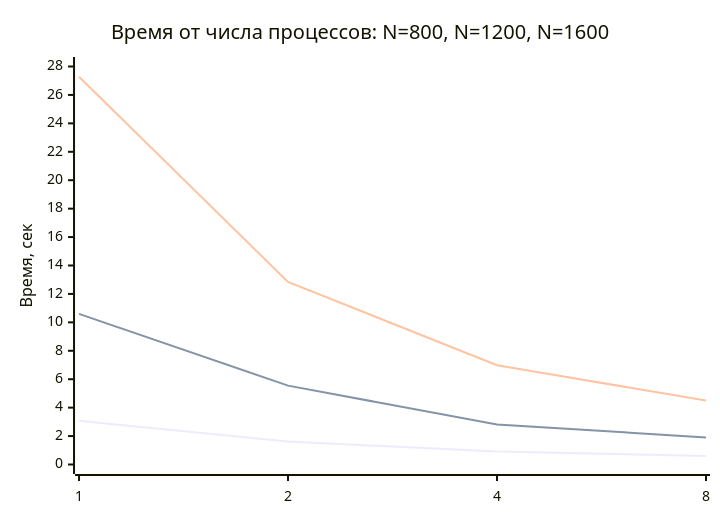
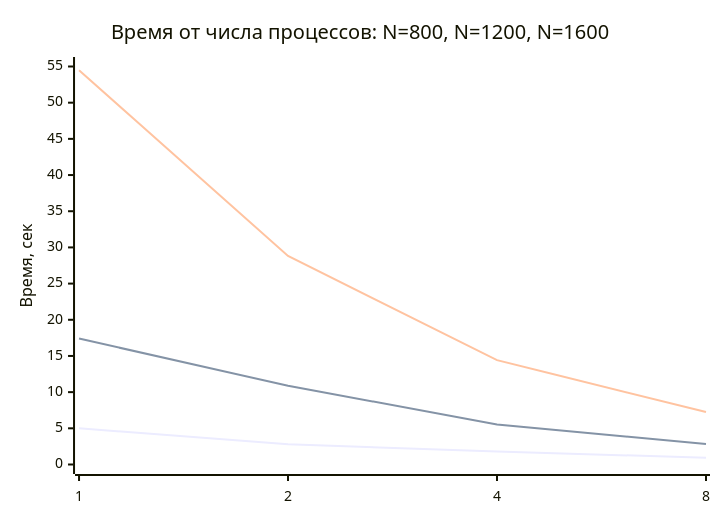
The second of 5 diagrams in README.md (sanek4338/Parallelnoe_Programming), drawn with Mermaid before and after one commit. The commit also changed other lines of this file and 1 other file, not shown here.

````diff
--- a/README.md
+++ b/README.md
@@ -100,9 +87,9 @@
 ```mermaid
 xychart-beta
     title "Время от числа процессов: N=800, N=1200, N=1600"
     x-axis [1, 2, 4, 8]
-    y-axis "Время, сек" 0 --> 28
-    line "N=800" [3.069811, 1.617380, 0.907566, 0.598396]
-    line "N=1200" [10.594333, 5.549926, 2.813394, 1.904268]
-    line "N=1600" [27.276575, 12.848918, 6.986090, 4.496802]
+    y-axis "Время, сек" 0 --> 55
+    line "N=800" [5.0087800, 2.7868800, 1.8029200, 0.9304190]
+    line "N=1200" [17.4047000, 10.8762000, 5.5301200, 2.8259900]
+    line "N=1600" [54.4905000, 28.8189000, 14.4186000, 7.2509100]
 ```
````
